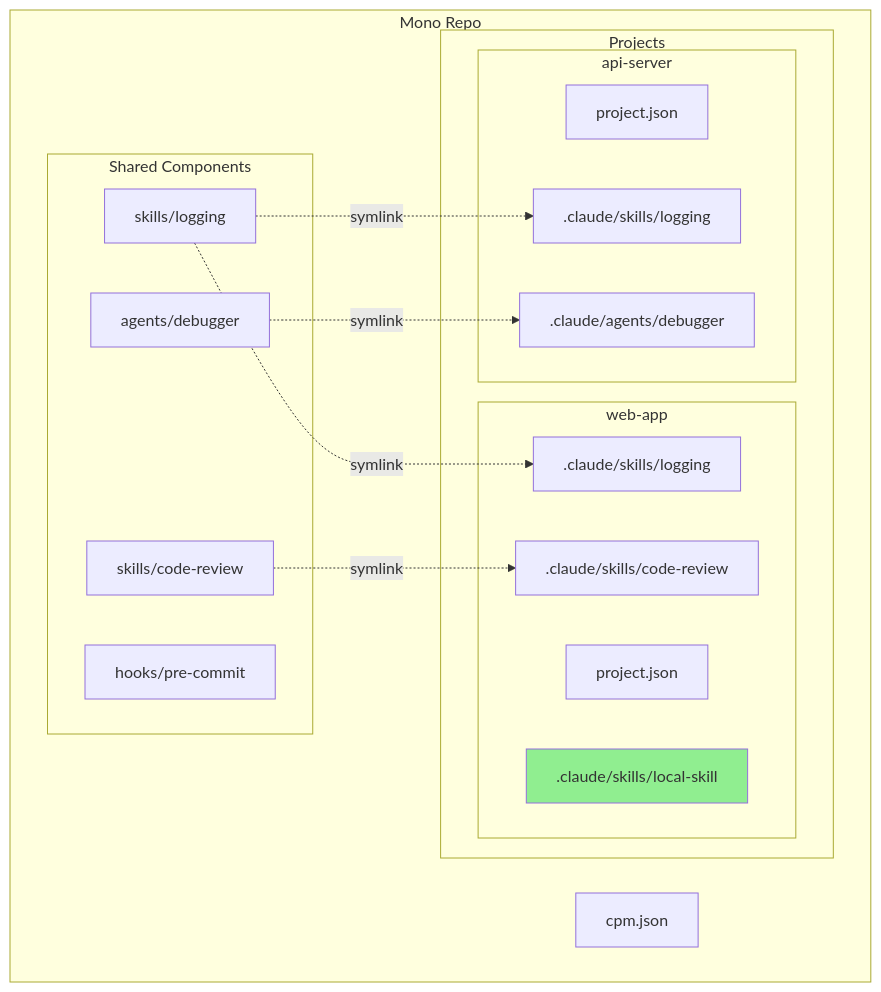
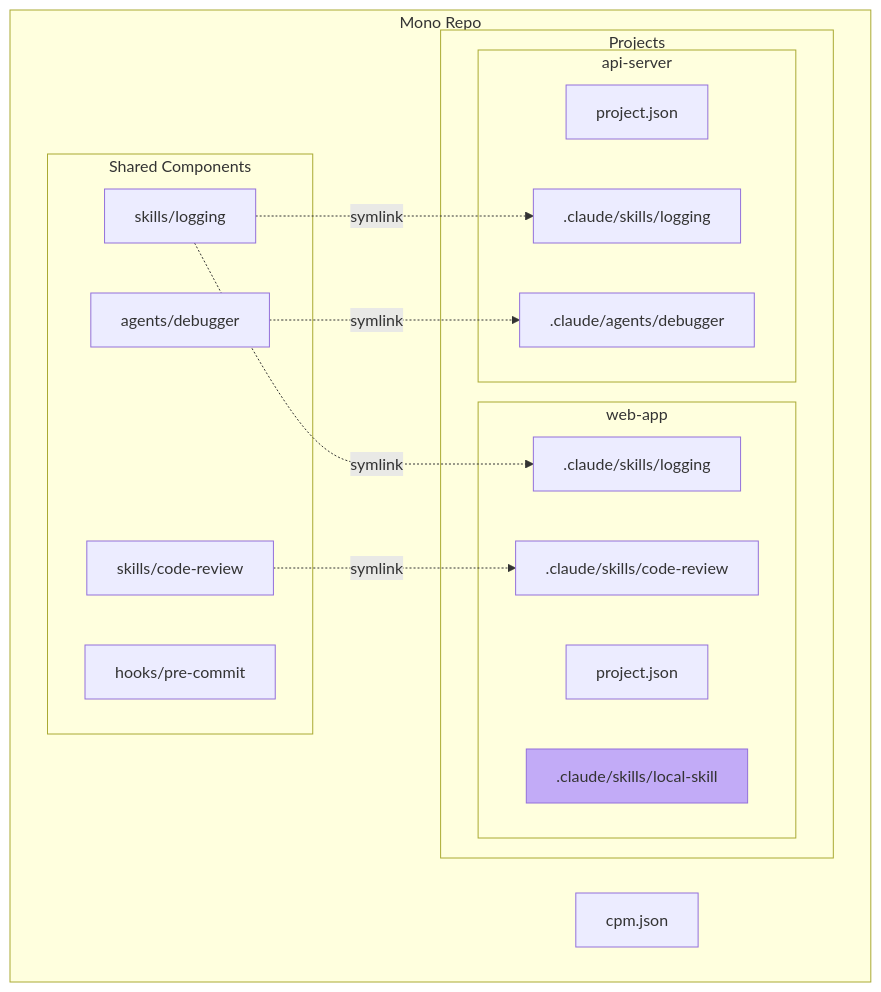
Before and after one commit to transilienceai/cldpm: the first of 5 diagrams in README.md, drawn with Mermaid. The commit also changed other lines of this file and 5 other files, not shown here.

````diff
--- a/README.md
+++ b/README.md
@@ -12,35 +12,35 @@
 ```mermaid
 graph TB
     subgraph "Mono Repo"
         CPM[cpm.json]
 
         subgraph "Shared Components"
             S1[skills/logging]
             S2[skills/code-review]
             A1[agents/debugger]
             H1[hooks/pre-commit]
         end
 
         subgraph "Projects"
             subgraph "web-app"
                 P1[project.json]
                 C1[.claude/skills/logging]
                 C2[.claude/skills/code-review]
                 L1[.claude/skills/local-skill]
             end
 
             subgraph "api-server"
                 P2[project.json]
                 C3[.claude/skills/logging]
                 C4[.claude/agents/debugger]
             end
         end
     end
 
     S1 -.->|symlink| C1
     S1 -.->|symlink| C3
     S2 -.->|symlink| C2
     A1 -.->|symlink| C4
 
-    style L1 fill:#90EE90
+    style L1 fill:#c2abf7
 ```
````
